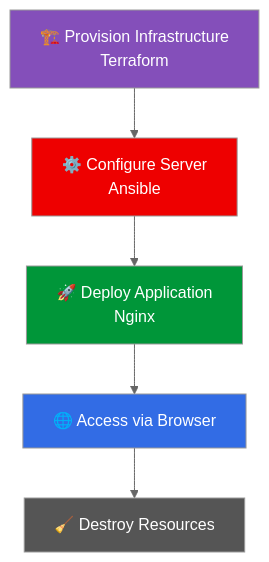
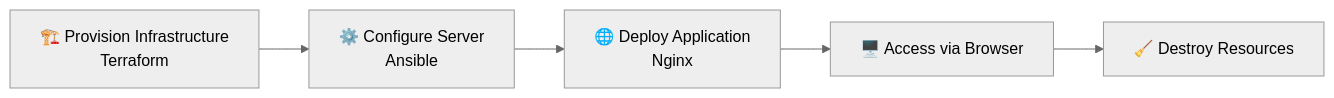
Before and after one commit to nkydigitech/devops-rescue-lab: the first of 2 diagrams in README.md, drawn with Mermaid (neutral theme). The commit also changed other lines of this file, not shown here.

````diff
--- a/README.md
+++ b/README.md
@@ -38,13 +37,7 @@
 ```mermaid
-flowchart TD
+flowchart LR
     A[🏗️ Provision Infrastructure<br/>Terraform] --> B[⚙️ Configure Server<br/>Ansible]
-    B --> C[🚀 Deploy Application<br/>Nginx]
-    C --> D[🌐 Access via Browser]
+    B --> C[🌐 Deploy Application<br/>Nginx]
+    C --> D[🖥️ Access via Browser]
     D --> E[🧹 Destroy Resources]
-
-    style A fill:#844FBA,color:#fff
-    style B fill:#EE0000,color:#fff
-    style C fill:#009639,color:#fff
-    style D fill:#326CE5,color:#fff
-    style E fill:#555,color:#fff
 ```
````
